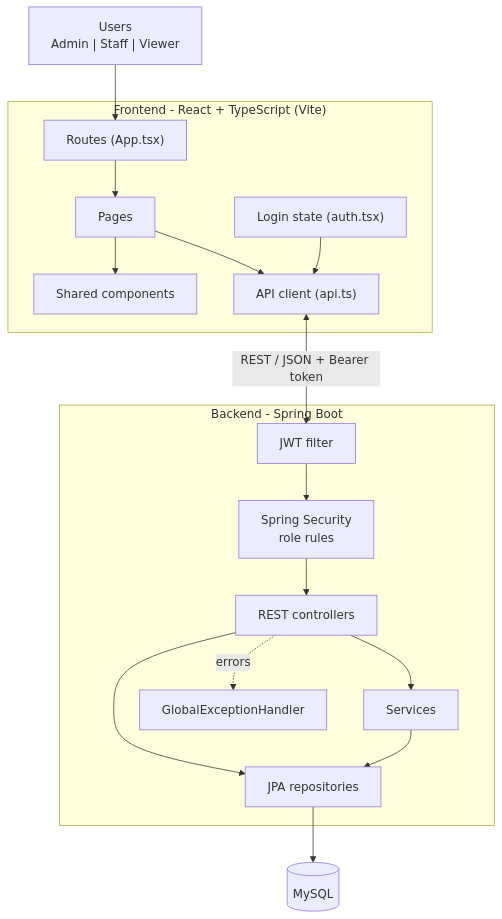
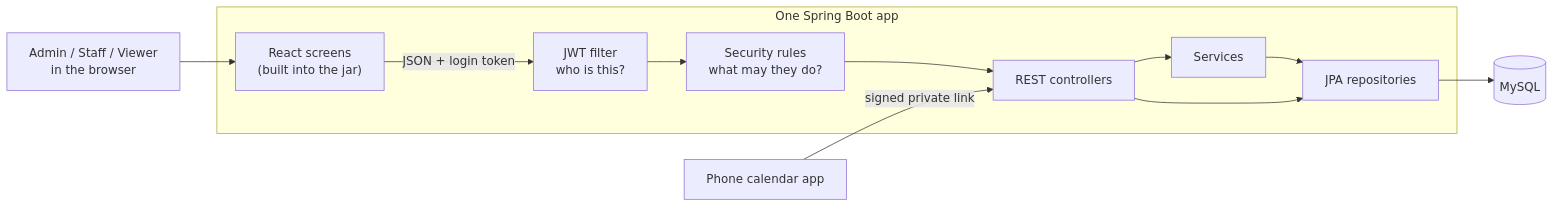
One commit to Git-punit/campus-erp changed the first of 4 diagrams in README.md. Above: the diagram before and after it, drawn with Mermaid. The commit also changed other lines of this file, not shown here.

````diff
--- a/README.md
+++ b/README.md
@@ -235,37 +284,23 @@
 ```mermaid
-flowchart TB
-    USERS["Users<br/>Admin | Staff | Viewer"]
+flowchart LR
+    USERS["Admin / Staff / Viewer<br/>in the browser"]
 
-    subgraph FE["Frontend - React + TypeScript (Vite)"]
-        ROUTES["Routes (App.tsx)"]
-        AUTH["Login state (auth.tsx)"]
-        PAGES["Pages"]
-        COMPONENTS["Shared components"]
-        API["API client (api.ts)"]
-        ROUTES --> PAGES
-        PAGES --> COMPONENTS
-        PAGES --> API
-        AUTH --> API
-    end
-
-    subgraph BE["Backend - Spring Boot"]
-        FILTER["JWT filter"]
-        SECURITY["Spring Security<br/>role rules"]
-        CONTROLLERS["REST controllers"]
-        SERVICES["Services"]
-        REPOSITORIES["JPA repositories"]
-        ERRORS["GlobalExceptionHandler"]
-        FILTER --> SECURITY
-        SECURITY --> CONTROLLERS
-        CONTROLLERS --> SERVICES
-        CONTROLLERS --> REPOSITORIES
-        SERVICES --> REPOSITORIES
-        CONTROLLERS -. errors .-> ERRORS
+    subgraph APP["One Spring Boot app"]
+        UI["React screens<br/>(built into the jar)"]
+        FILTER["JWT filter<br/>who is this?"]
+        RULES["Security rules<br/>what may they do?"]
+        CTRL["REST controllers"]
+        SVC["Services"]
+        REPO["JPA repositories"]
+        FILTER --> RULES --> CTRL --> SVC --> REPO
+        CTRL --> REPO
     end
 
     DB[("MySQL")]
+    PHONE["Phone calendar app"]
 
-    USERS --> ROUTES
-    API <-->|"REST / JSON + Bearer token"| FILTER
-    REPOSITORIES --> DB
+    USERS --> UI
+    UI -->|"JSON + login token"| FILTER
+    REPO --> DB
+    PHONE -->|"signed private link"| CTRL
 ```
````
